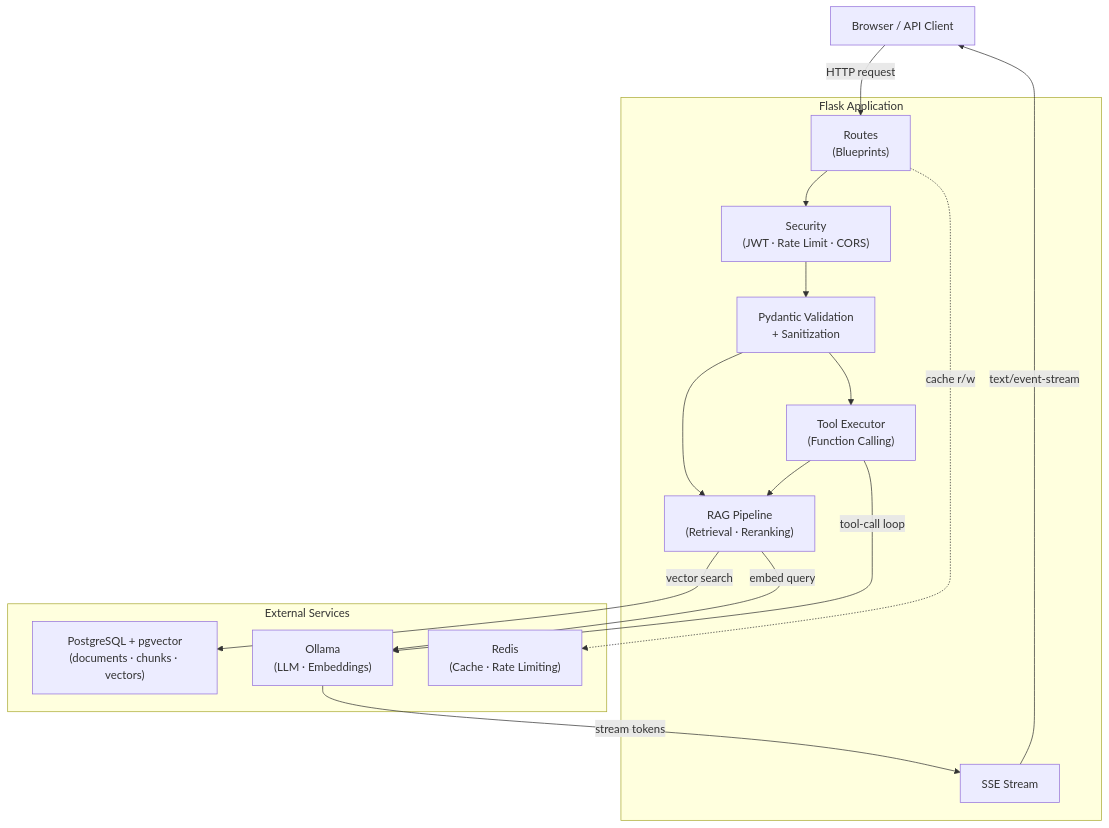
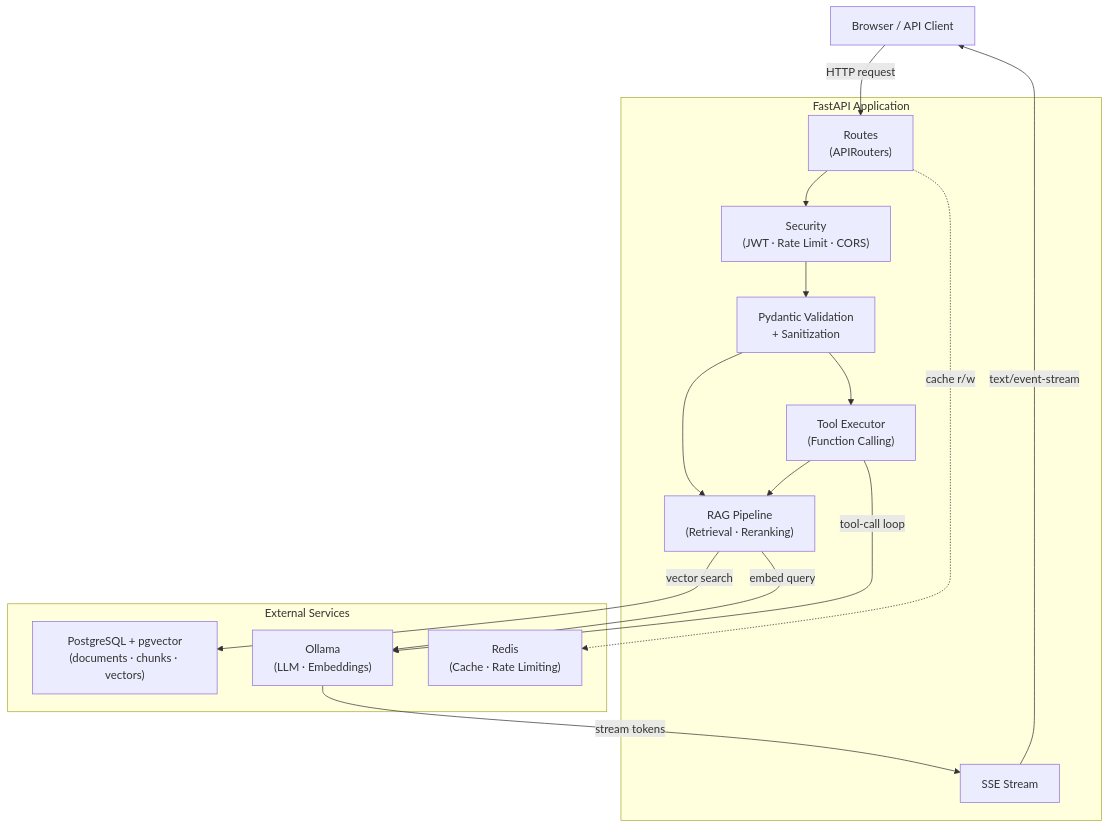
One commit to jwvanderstam/LocalChat changed the diagram in README.md. Above: the diagram before and after it, drawn with Mermaid. The commit also changed other lines of this file and 7 other files, not shown here.

First line of the commit message:
docs: update README, ROADMAP, and source docstrings for FastAPI migration

````diff
--- a/README.md
+++ b/README.md
@@ -198,32 +198,32 @@
 ```mermaid
 flowchart TD
     Browser["Browser / API Client"]
 
-    subgraph Flask["Flask Application"]
-        Routes["Routes\n(Blueprints)"]
+    subgraph FastAPI["FastAPI Application"]
+        Routes["Routes\n(APIRouters)"]
         Auth["Security\n(JWT · Rate Limit · CORS)"]
         Pydantic["Pydantic Validation\n+ Sanitization"]
         RAG["RAG Pipeline\n(Retrieval · Reranking)"]
         Tools["Tool Executor\n(Function Calling)"]
         SSE["SSE Stream"]
     end
 
     subgraph Services["External Services"]
         PG["PostgreSQL + pgvector\n(documents · chunks · vectors)"]
         Ollama["Ollama\n(LLM · Embeddings)"]
         Redis["Redis\n(Cache · Rate Limiting)"]
     end
 
     Browser -->|HTTP request| Routes
     Routes --> Auth
     Auth --> Pydantic
     Pydantic --> RAG
     RAG -->|vector search| PG
     RAG -->|embed query| Ollama
     Pydantic --> Tools
     Tools -->|tool-call loop| Ollama
     Tools --> RAG
     Ollama -->|stream tokens| SSE
     SSE -->|text/event-stream| Browser
     Routes -.->|cache r/w| Redis
 ```
````
